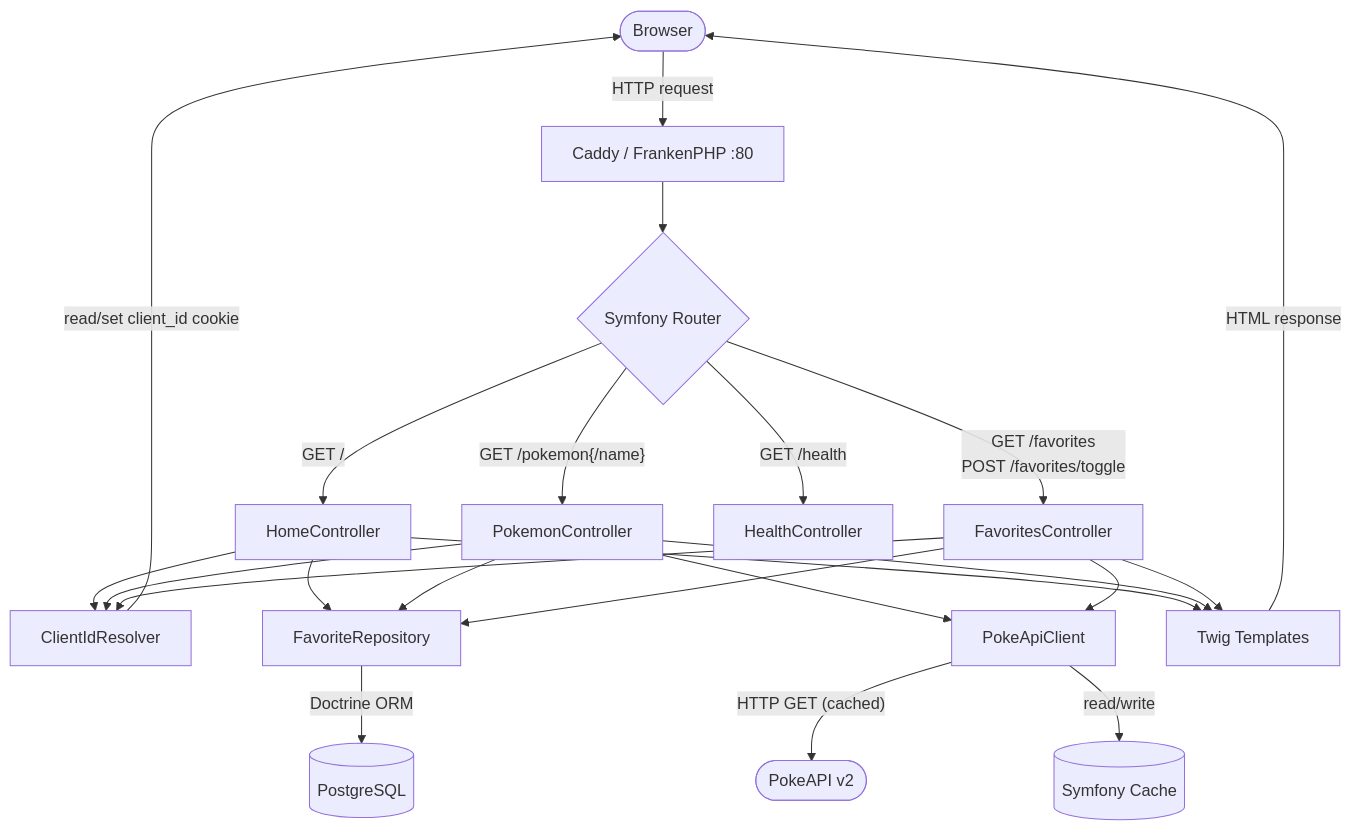
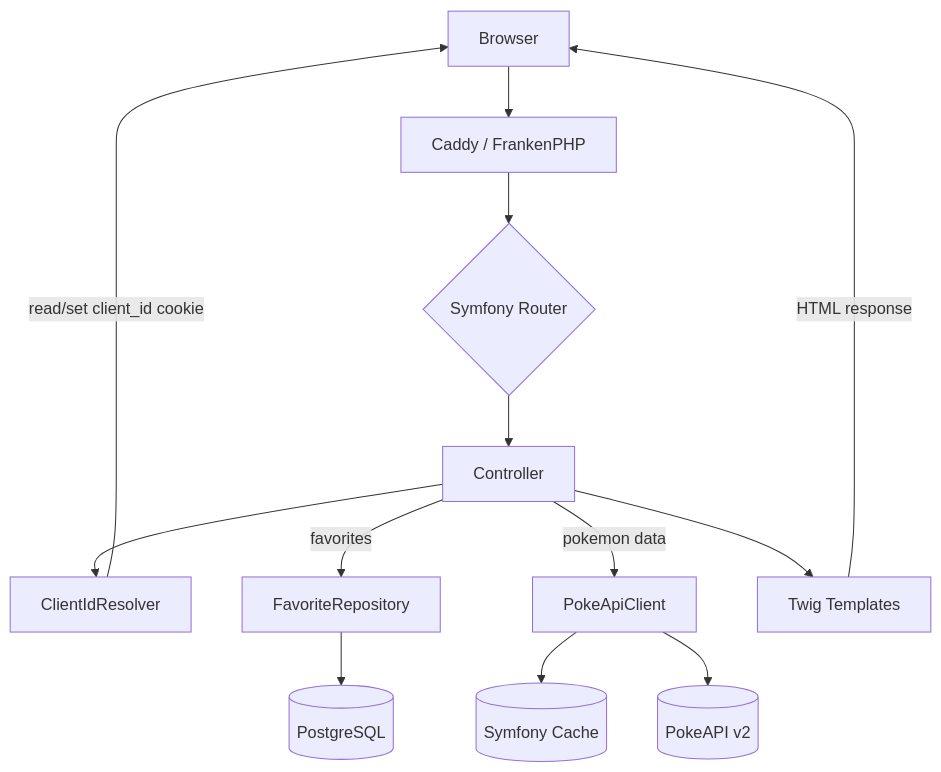
One commit to Viktors-Vinogradovs/pokeAPI-php-symfony changed the diagram in README.md. Above: the diagram before and after it, drawn with Mermaid. The commit also changed other lines of this file, not shown here.

````diff
--- a/README.md
+++ b/README.md
@@ -82,45 +69,20 @@
 ```mermaid
 flowchart TD
-    Browser([Browser])
-    Caddy[Caddy / FrankenPHP :80]
-    Router{Symfony Router}
-    Home[HomeController]
-    Pokemon[PokemonController]
-    Favs[FavoritesController]
-    Health[HealthController]
-    ClientId[ClientIdResolver]
-    FavRepo[FavoriteRepository]
-    PokeAPI[PokeApiClient]
-    Twig[Twig Templates]
-    PG[(PostgreSQL)]
-    API([PokeAPI v2])
-    Cache[(Symfony Cache)]
+  B[Browser] --> W[Caddy / FrankenPHP]
+  W --> R{Symfony Router}
 
-    Browser -- "HTTP request" --> Caddy
-    Caddy --> Router
+  R --> C[Controller]
+  C --> ID[ClientIdResolver]
+  ID -->|read/set client_id cookie| B
 
-    Router -- "GET /" --> Home
-    Router -- "GET /pokemon{/name}" --> Pokemon
-    Router -- "GET /favorites\nPOST /favorites/toggle" --> Favs
-    Router -- "GET /health" --> Health
+  C -->|favorites| DB[FavoriteRepository]
+  DB --> PG[(PostgreSQL)]
 
-    Home --> ClientId
-    Pokemon --> ClientId
-    Favs --> ClientId
-    ClientId -- "read/set client_id cookie" --> Browser
+  C -->|pokemon data| P[PokeApiClient]
+  P --> Cache[(Symfony Cache)]
+  P --> API[(PokeAPI v2)]
 
-    Home --> FavRepo
-    Pokemon --> FavRepo
-    Pokemon --> PokeAPI
-    Favs --> FavRepo
-    Favs --> PokeAPI
+  C --> T[Twig Templates]
+  T -->|HTML response| B
 
-    FavRepo -- "Doctrine ORM" --> PG
-    PokeAPI -- "HTTP GET (cached)" --> API
-    PokeAPI -- "read/write" --> Cache
-
-    Home --> Twig
-    Pokemon --> Twig
-    Favs --> Twig
-    Twig -- "HTML response" --> Browser
 ```
````
